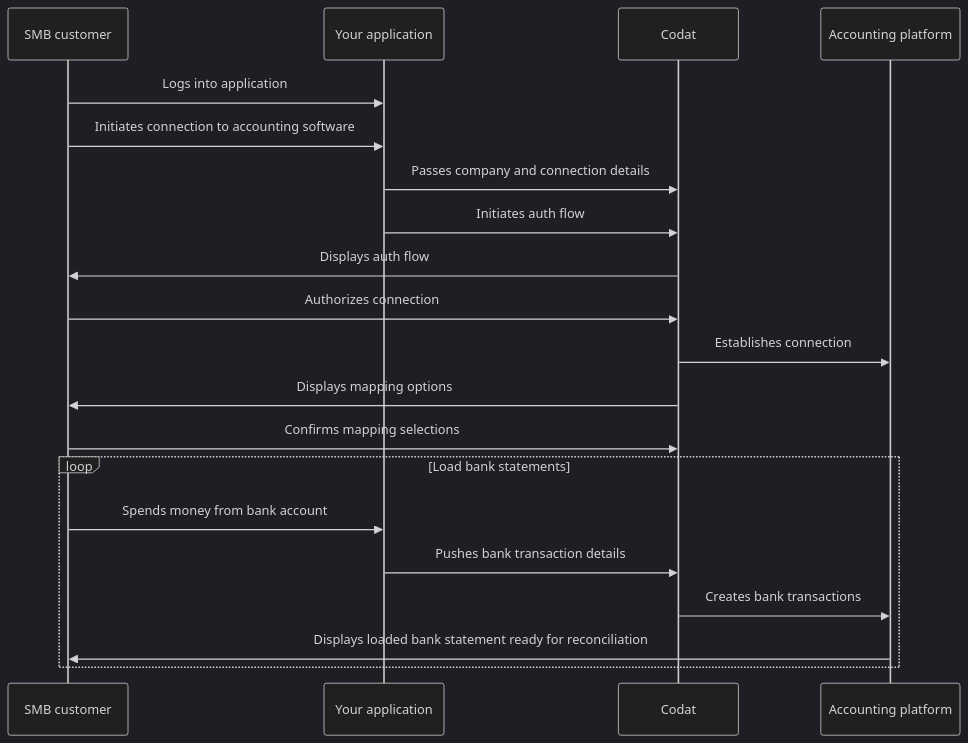
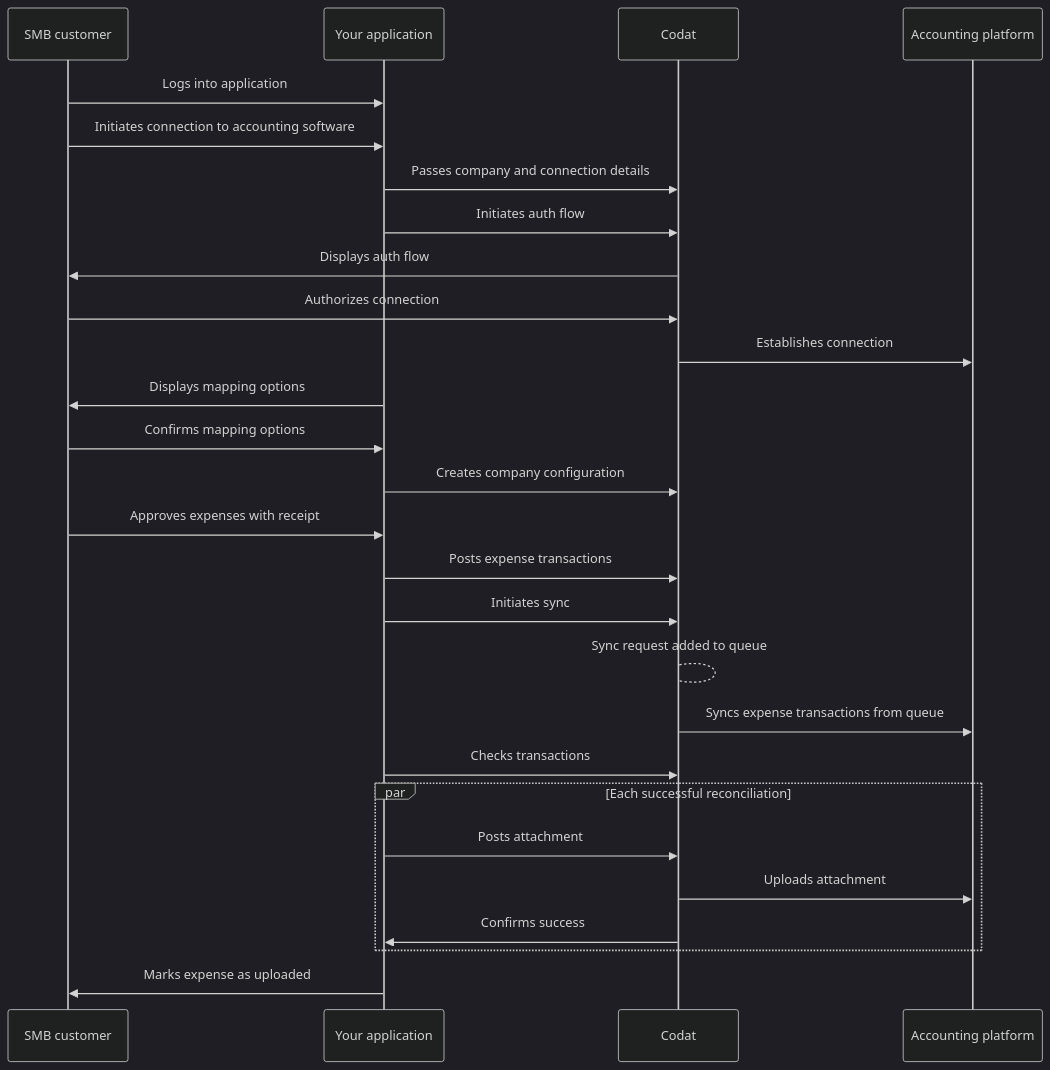
Before and after one commit to codatio/codat-docs: the diagram in docs/expenses/getting-started.md, drawn with Mermaid (dark theme). The commit also changed other lines of this file and 6 other files, not shown here.

Commit message:
Finalizing Sync for Expenses

````diff
--- a/docs/expenses/getting-started.md
+++ b/docs/expenses/getting-started.md
@@ -19,28 +18,34 @@
 ```mermaid
 
 sequenceDiagram
     participant smb as SMB customer
     participant app as Your application 
     participant codat as Codat
     participant acctg as Accounting platform
     
     smb ->> app: Logs into application
     smb ->> app: Initiates connection to accounting software
 
     app ->> codat: Passes company and connection details
     app ->> codat: Initiates auth flow
     codat ->> smb: Displays auth flow
     smb ->> codat: Authorizes connection
     codat ->> acctg: Establishes connection
     
-    codat ->> smb: Displays mapping options
-    smb ->> codat: Confirms mapping selections
-    
-    loop Load bank statements
-        smb ->> app: Spends money from bank account
-        app ->> codat: Pushes bank transaction details
-        codat ->> acctg: Creates bank transactions
-        acctg ->> smb: Displays loaded bank statement ready for reconciliation
-    end
+    app ->> smb: Displays mapping options
+    smb ->> app: Confirms mapping options
+    app ->> codat: Creates company configuration
 
+    smb ->> app: Approves expenses with receipt
+    app ->> codat: Posts expense transactions
+    app ->> codat: Initiates sync
+    codat --> codat: Sync request added to queue
+    codat ->> acctg: Syncs expense transactions from queue
+    app ->> codat: Checks transactions
+      par Each successful reconciliation
+      app ->> codat: Posts attachment
+      codat ->> acctg: Uploads attachment
+      codat ->> app: Confirms success
+      end
+    app ->> smb: Marks expense as uploaded
 ```
````
